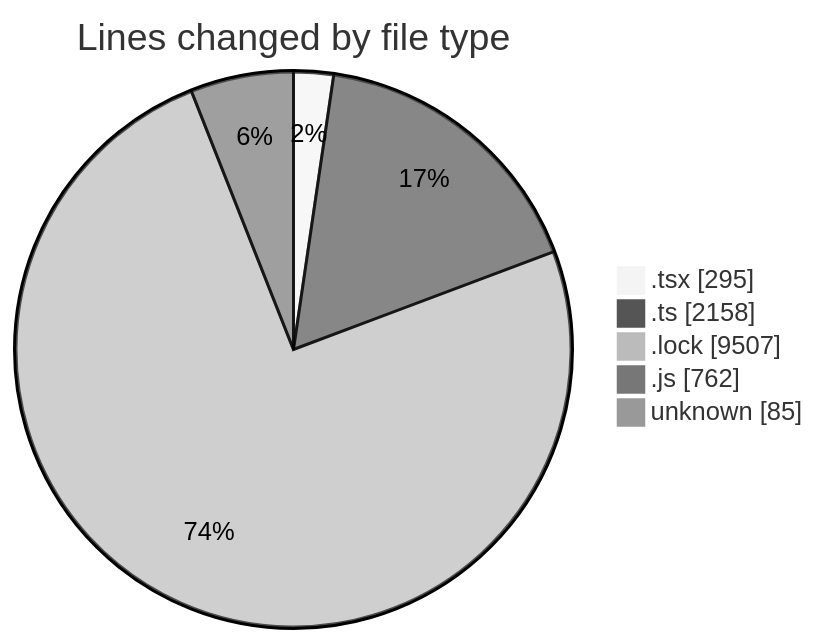
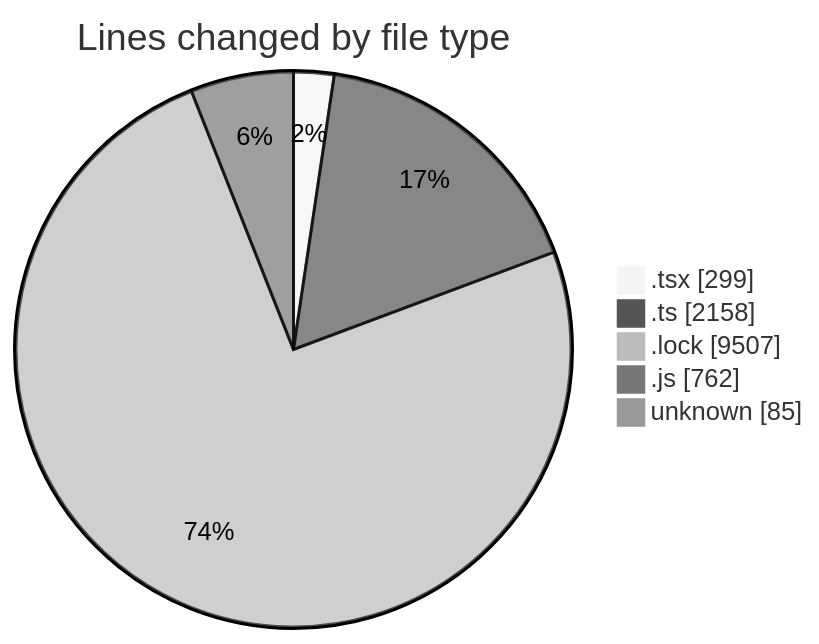
Before and after one commit to momahboobian/code-tracking: the first of 2 diagrams in 2026-02-18/cda/README.md, drawn with Mermaid (neutral theme). The commit also changed other lines of this file and 1 other file, not shown here.

````diff
--- a/2026-02-18/cda/README.md
+++ b/2026-02-18/cda/README.md
@@ -29,9 +29,9 @@
 ```mermaid
 pie showData
 title Lines changed by file type
-".tsx" : 295
+".tsx" : 299
 ".ts" : 2158
 ".lock" : 9507
 ".js" : 762
 "unknown" : 85
 ```
````
